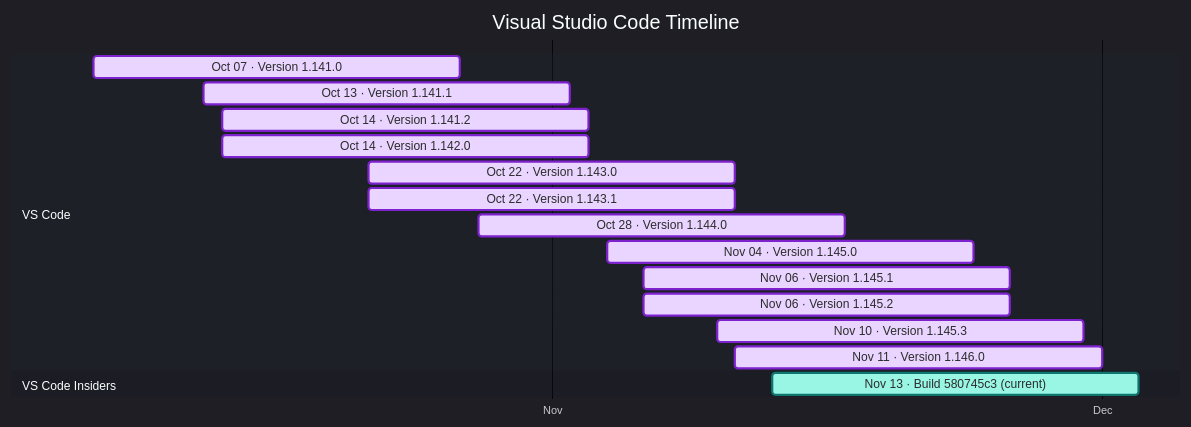
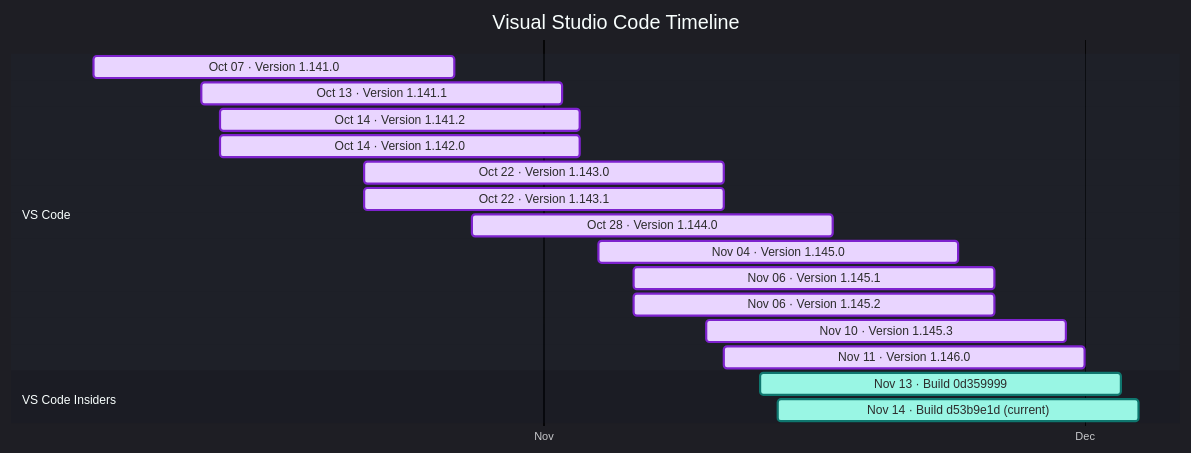
The diagram in docs/vscode.md (Oxelya-DevTools/VisualStudioUpdate), drawn with Mermaid before and after one commit. The commit also changed other lines of this file and 1 other file, not shown here.

````diff
--- a/docs/vscode.md
+++ b/docs/vscode.md
@@ -9,23 +9,24 @@
 ```mermaid
 %%{init: {'theme':'dark','themeVariables': { 'fontFamily': 'Segoe UI', 'fontSize': '24px', 'textColor': '#F3F4F6', 'titleTextColor': '#FFFFFF', 'taskTextColor': '#111827', 'taskTextLightColor': '#111827', 'taskTextOutsideColor': '#F3F4F6', 'taskBkgColor': '#BAE6FD', 'taskBorderColor': '#0369A1', 'doneTaskBkgColor': '#E9D5FF', 'doneTaskBorderColor': '#7E22CE', 'activeTaskBkgColor': '#99F6E4', 'activeTaskBorderColor': '#0F766E', 'critTaskBkgColor': '#FED7AA', 'critTaskBorderColor': '#C2410C', 'sectionBkgColor': '#1F2937', 'altSectionBkgColor': '#111827', 'gridColor': '#4B5563', 'todayLineColor': '#F87171' }}}%%
 gantt
     title Visual Studio Code Timeline
     dateFormat  YYYY-MM-DD
     axisFormat  %b
     tickInterval 1month
     section VS Code
     Oct 07 · Version 1.141.0 : done, vscode202610070, 2026-10-07, 20d
     Oct 13 · Version 1.141.1 : done, vscode202610131, 2026-10-13, 20d
     Oct 14 · Version 1.141.2 : done, vscode202610142, 2026-10-14, 20d
     Oct 14 · Version 1.142.0 : done, vscode202610143, 2026-10-14, 20d
     Oct 22 · Version 1.143.0 : done, vscode202610224, 2026-10-22, 20d
     Oct 22 · Version 1.143.1 : done, vscode202610225, 2026-10-22, 20d
     Oct 28 · Version 1.144.0 : done, vscode202610286, 2026-10-28, 20d
     Nov 04 · Version 1.145.0 : done, vscode202611047, 2026-11-04, 20d
     Nov 06 · Version 1.145.1 : done, vscode202611068, 2026-11-06, 20d
     Nov 06 · Version 1.145.2 : done, vscode202611069, 2026-11-06, 20d
     Nov 10 · Version 1.145.3 : done, vscode2026111010, 2026-11-10, 20d
     Nov 11 · Version 1.146.0 : done, vscode2026111111, 2026-11-11, 20d
     section VS Code Insiders
-    Nov 13 · Build 580745c3 (current) : active, vscodeinsiders202611130, 2026-11-13, 20d
+    Nov 13 · Build 0d359999 : active, vscodeinsiders202611130, 2026-11-13, 20d
+    Nov 14 · Build d53b9e1d (current) : active, vscodeinsiders202611141, 2026-11-14, 20d
 ```
````
